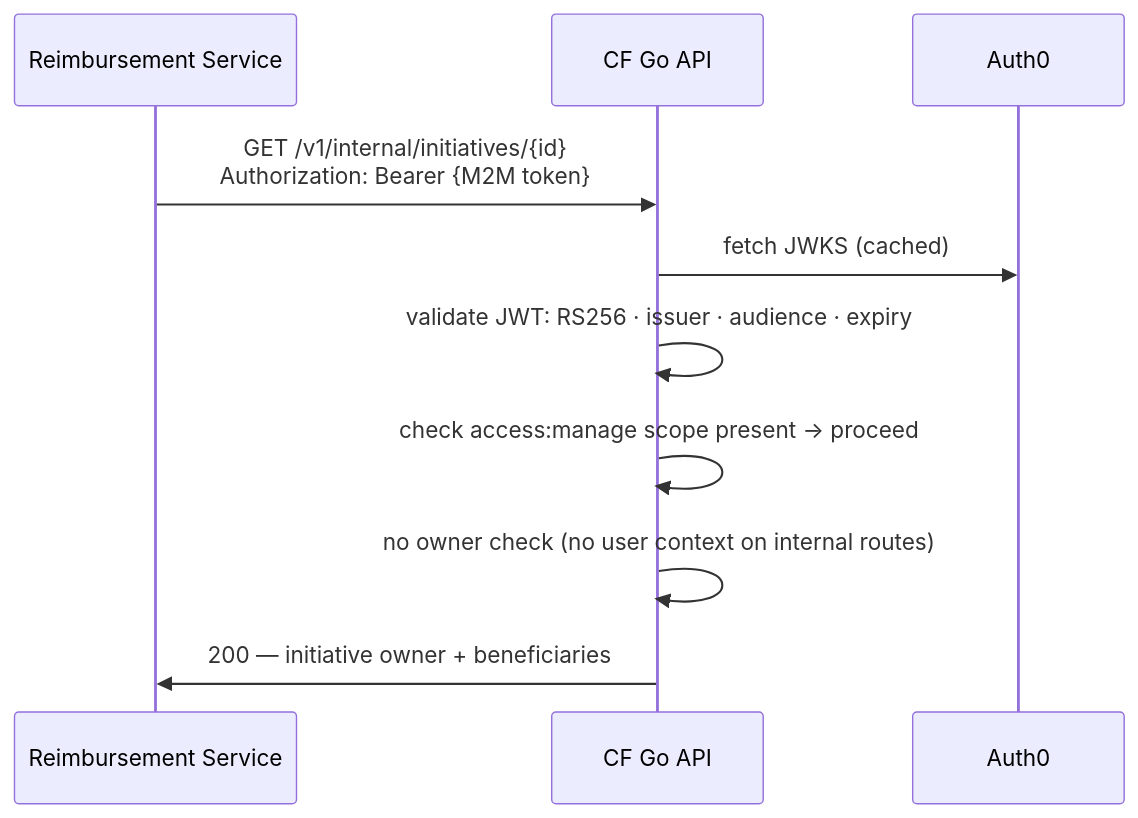
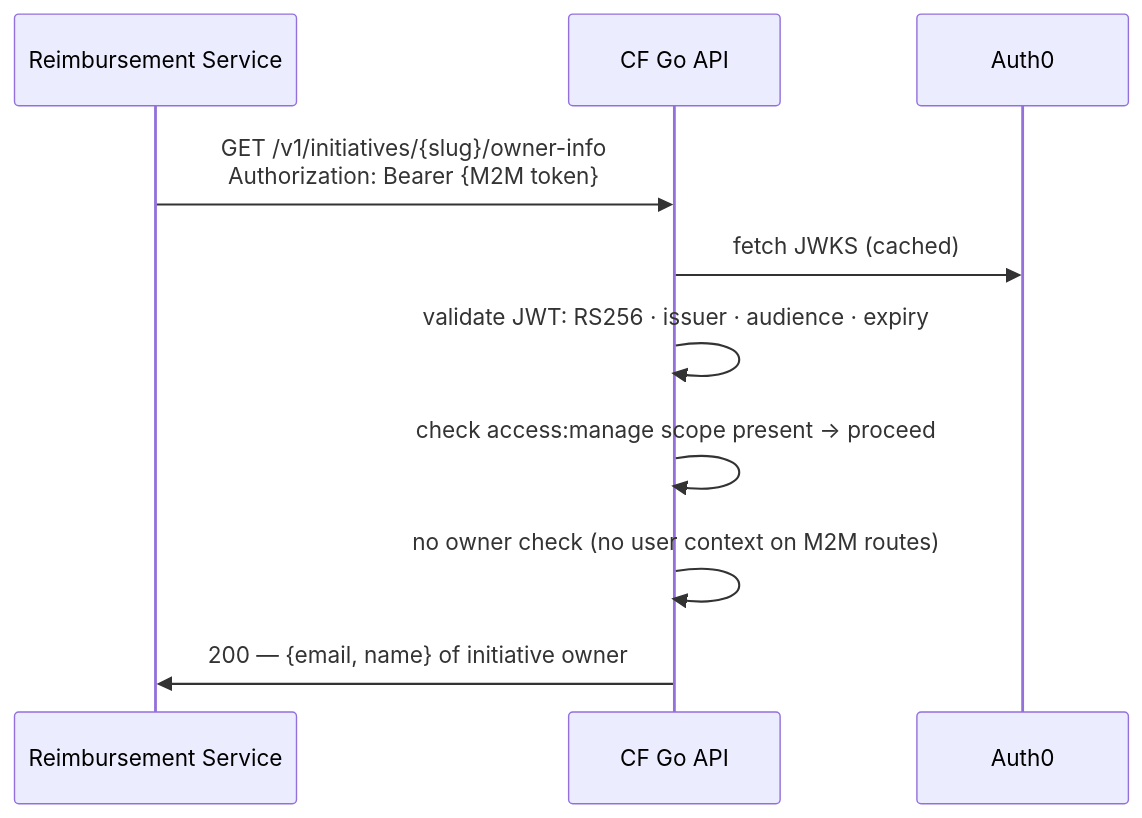
The seventh of 8 diagrams in backend/docs/rewrite/09-authentication-architecture.md (linuxfoundation/lfx-crowdfunding), drawn with Mermaid before and after one commit. The commit also changed other lines of this file and 2 other files, not shown here.

````diff
--- a/backend/docs/rewrite/09-authentication-architecture.md
+++ b/backend/docs/rewrite/09-authentication-architecture.md
@@ -303,13 +293,13 @@
 ```mermaid
 sequenceDiagram
     participant RS as Reimbursement Service
     participant API as CF Go API
     participant Auth0
 
-    RS->>API: GET /v1/internal/initiatives/{id}<br/>Authorization: Bearer {M2M token}
+    RS->>API: GET /v1/initiatives/{slug}/owner-info<br/>Authorization: Bearer {M2M token}
     API->>Auth0: fetch JWKS (cached)
     API->>API: validate JWT: RS256 · issuer · audience · expiry
     API->>API: check access:manage scope present → proceed
-    API->>API: no owner check (no user context on internal routes)
-    API->>RS: 200 — initiative owner + beneficiaries
+    API->>API: no owner check (no user context on M2M routes)
+    API->>RS: 200 — {email, name} of initiative owner
 ```
````
